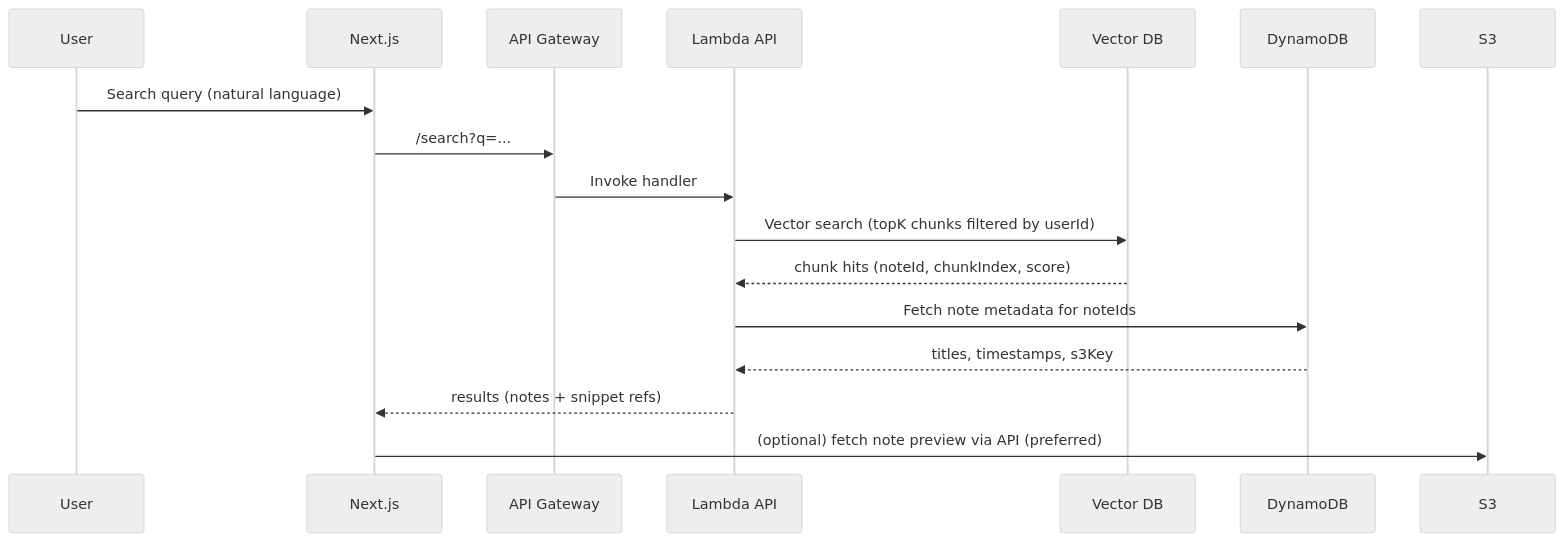
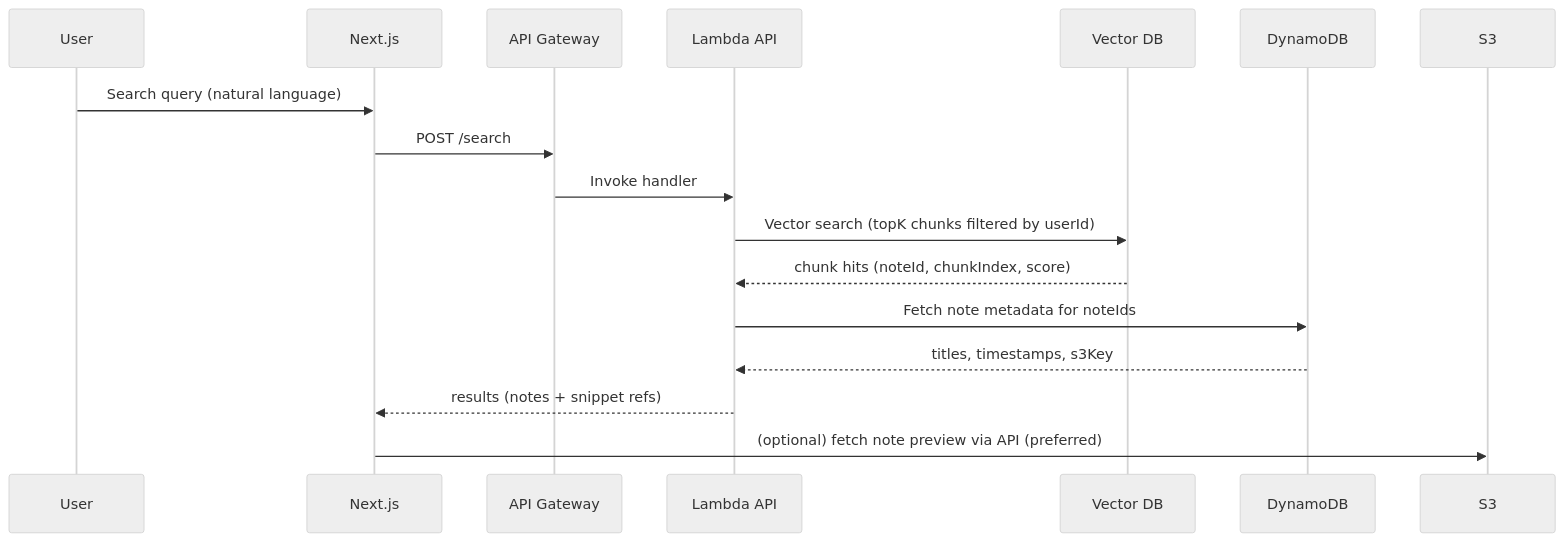
One commit to AhmedYassinH/noteship changed the third of 7 diagrams in docs/technical/noteship-system-architecture.md. Above: the diagram before and after it, drawn with Mermaid (neutral theme). The commit also changed other lines of this file and 125 other files, not shown here.

````diff
--- a/docs/technical/noteship-system-architecture.md
+++ b/docs/technical/noteship-system-architecture.md
@@ -206,20 +206,20 @@
 ```mermaid
 sequenceDiagram
   participant U as User
   participant FE as Next.js
   participant GW as API Gateway
   participant API as Lambda API
   participant V as Vector DB
   participant DDB as DynamoDB
   participant S3 as S3
 
   U->>FE: Search query (natural language)
-  FE->>GW: /search?q=...
+  FE->>GW: POST /search
   GW->>API: Invoke handler
   API->>V: Vector search (topK chunks filtered by userId)
   V-->>API: chunk hits (noteId, chunkIndex, score)
   API->>DDB: Fetch note metadata for noteIds
   DDB-->>API: titles, timestamps, s3Key
   API-->>FE: results (notes + snippet refs)
   FE->>S3: (optional) fetch note preview via API (preferred)
 ```
````
